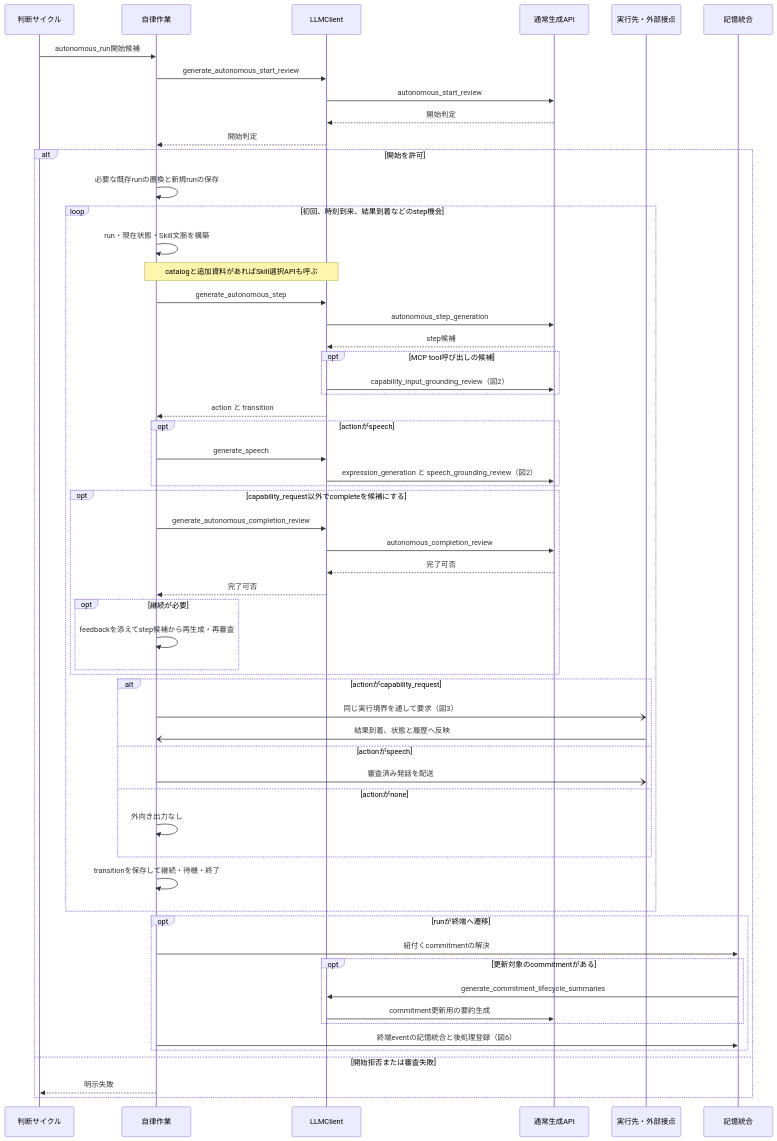
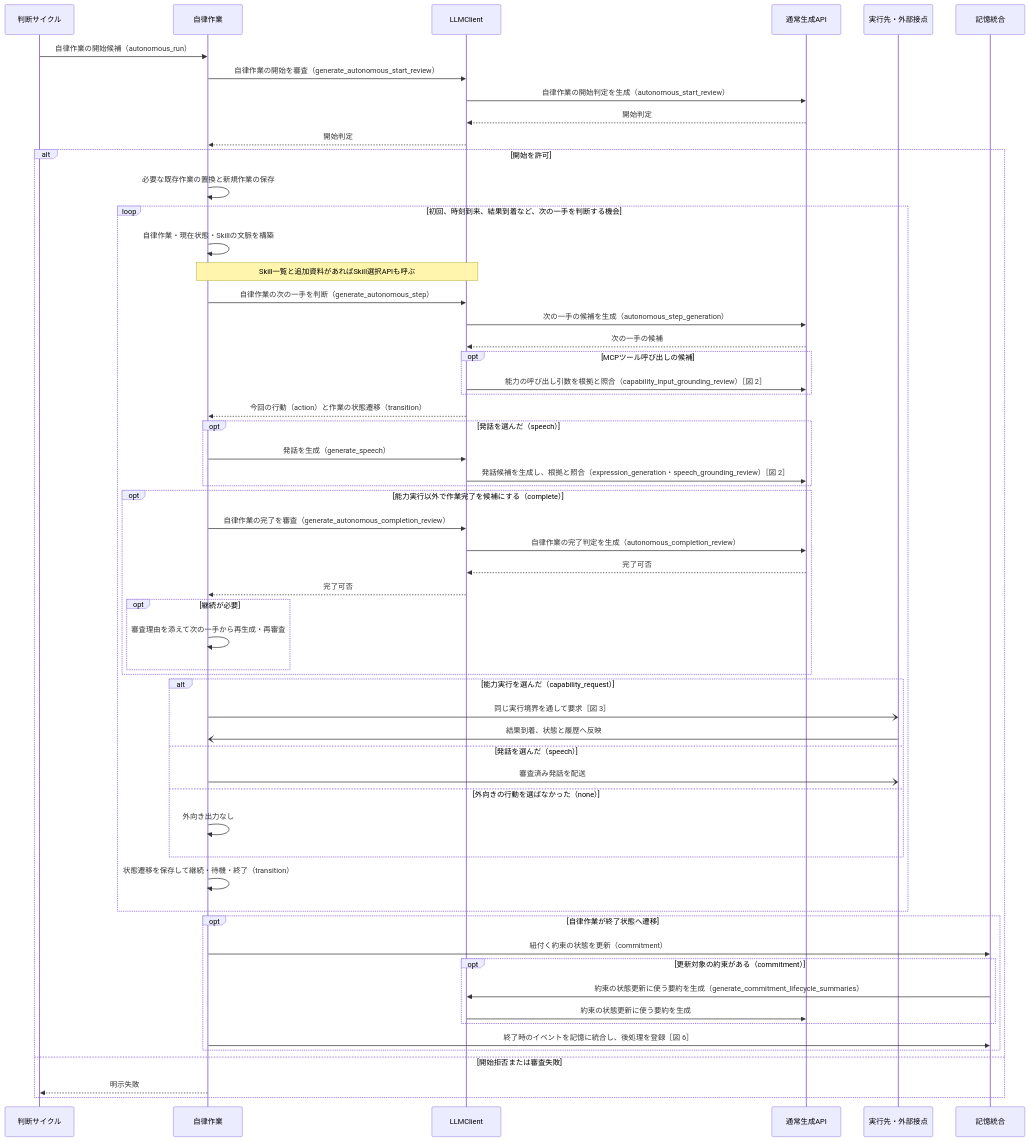
One commit to hirona98/OtomeKairo changed the fifth of 7 diagrams in docs/design/llm/LLM呼び出しシーケンス.md. Above: the diagram before and after it, drawn with Mermaid. The commit also changed other lines of this file, not shown here.

Commit message:
図1まで補足完了

````diff
--- a/docs/design/llm/LLM呼び出しシーケンス.md
+++ b/docs/design/llm/LLM呼び出しシーケンス.md
@@ -345,61 +326,61 @@
 ```mermaid
 sequenceDiagram
     participant C as 判断サイクル
     participant A as 自律作業
     participant L as LLMClient
     participant G as 通常生成API
     participant X as 実行先・外部接点
     participant M as 記憶統合
 
-    C->>A: autonomous_run開始候補
-    A->>L: generate_autonomous_start_review
-    L->>G: autonomous_start_review
+    C->>A: 自律作業の開始候補（autonomous_run）
+    A->>L: 自律作業の開始を審査（generate_autonomous_start_review）
+    L->>G: 自律作業の開始判定を生成（autonomous_start_review）
     G-->>L: 開始判定
     L-->>A: 開始判定
     alt 開始を許可
-        A->>A: 必要な既存runの置換と新規runの保存
-        loop 初回、時刻到来、結果到着などのstep機会
-            A->>A: run・現在状態・Skill文脈を構築
-            Note over A,L: catalogと追加資料があればSkill選択APIも呼ぶ
-            A->>L: generate_autonomous_step
-            L->>G: autonomous_step_generation
-            G-->>L: step候補
-            opt MCP tool呼び出しの候補
-                L->>G: capability_input_grounding_review（図2）
+        A->>A: 必要な既存作業の置換と新規作業の保存
+        loop 初回、時刻到来、結果到着など、次の一手を判断する機会
+            A->>A: 自律作業・現在状態・Skillの文脈を構築
+            Note over A,L: Skill一覧と追加資料があればSkill選択APIも呼ぶ
+            A->>L: 自律作業の次の一手を判断（generate_autonomous_step）
+            L->>G: 次の一手の候補を生成（autonomous_step_generation）
+            G-->>L: 次の一手の候補
+            opt MCPツール呼び出しの候補
+                L->>G: 能力の呼び出し引数を根拠と照合（capability_input_grounding_review）［図 2］
             end
-            L-->>A: action と transition
-            opt actionがspeech
-                A->>L: generate_speech
-                L->>G: expression_generation と speech_grounding_review（図2）
+            L-->>A: 今回の行動（action）と作業の状態遷移（transition）
+            opt 発話を選んだ（speech）
+                A->>L: 発話を生成（generate_speech）
+                L->>G: 発話候補を生成し、根拠と照合（expression_generation・speech_grounding_review）［図 2］
             end
-            opt capability_request以外でcompleteを候補にする
-                A->>L: generate_autonomous_completion_review
-                L->>G: autonomous_completion_review
+            opt 能力実行以外で作業完了を候補にする（complete）
+                A->>L: 自律作業の完了を審査（generate_autonomous_completion_review）
+                L->>G: 自律作業の完了判定を生成（autonomous_completion_review）
                 G-->>L: 完了可否
                 L-->>A: 完了可否
                 opt 継続が必要
-                    A->>A: feedbackを添えてstep候補から再生成・再審査
+                    A->>A: 審査理由を添えて次の一手から再生成・再審査
                 end
             end
-            alt actionがcapability_request
-                A-)X: 同じ実行境界を通して要求（図3）
+            alt 能力実行を選んだ（capability_request）
+                A-)X: 同じ実行境界を通して要求［図 3］
                 X-)A: 結果到着、状態と履歴へ反映
-            else actionがspeech
+            else 発話を選んだ（speech）
                 A-)X: 審査済み発話を配送
-            else actionがnone
+            else 外向きの行動を選ばなかった（none）
                 A->>A: 外向き出力なし
             end
-            A->>A: transitionを保存して継続・待機・終了
+            A->>A: 状態遷移を保存して継続・待機・終了（transition）
         end
-        opt runが終端へ遷移
-            A->>M: 紐付くcommitmentの解決
-            opt 更新対象のcommitmentがある
-                M->>L: generate_commitment_lifecycle_summaries
-                L->>G: commitment更新用の要約生成
+        opt 自律作業が終了状態へ遷移
+            A->>M: 紐付く約束の状態を更新（commitment）
+            opt 更新対象の約束がある（commitment）
+                M->>L: 約束の状態更新に使う要約を生成（generate_commitment_lifecycle_summaries）
+                L->>G: 約束の状態更新に使う要約を生成
             end
-            A->>M: 終端eventの記憶統合と後処理登録（図6）
+            A->>M: 終了時のイベントを記憶に統合し、後処理を登録［図 6］
         end
     else 開始拒否または審査失敗
         A-->>C: 明示失敗
     end
 ```
````
